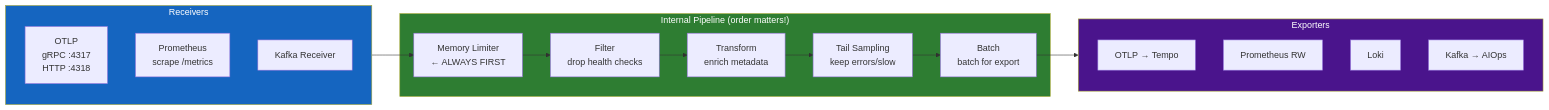
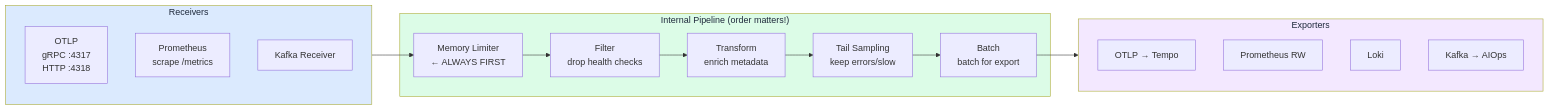
Before and after one commit to XUanhoa04/aiops-engineering-handbook: the third of 7 diagrams in docs/en/02-opentelemetry/README.md, drawn with Mermaid. The commit also changed other lines of this file and 39 other files, not shown here.

First line of the commit message:
docs: concept-first Ch.08-12, collapse code, soft Mermaid colors

````diff
--- a/docs/en/02-opentelemetry/README.md
+++ b/docs/en/02-opentelemetry/README.md
@@ -206,29 +206,29 @@
 ```mermaid
 graph LR
     subgraph Receiver["Receivers"]
         R1[OTLP\ngRPC :4317\nHTTP :4318]
         R2[Prometheus\nscrape /metrics]
         R3[Kafka Receiver]
     end
 
     subgraph Pipeline["Internal Pipeline (order matters!)"]
         P1[Memory Limiter\n← ALWAYS FIRST]
         P2[Filter\ndrop health checks]
         P3[Transform\nenrich metadata]
         P4[Tail Sampling\nkeep errors/slow]
         P5[Batch\nbatch for export]
     end
 
     subgraph Exporter["Exporters"]
         E1[OTLP → Tempo]
         E2[Prometheus RW]
         E3[Loki]
         E4[Kafka → AIOps]
     end
 
     Receiver --> P1 --> P2 --> P3 --> P4 --> P5 --> Exporter
 
-    style Receiver fill:#1565c0,color:#fff
-    style Pipeline fill:#2e7d32,color:#fff
-    style Exporter fill:#4a148c,color:#fff
+    style Receiver fill:#dbeafe,color:#1e293b
+    style Pipeline fill:#dcfce7,color:#1e293b
+    style Exporter fill:#f3e8ff,color:#1e293b
 ```
````
